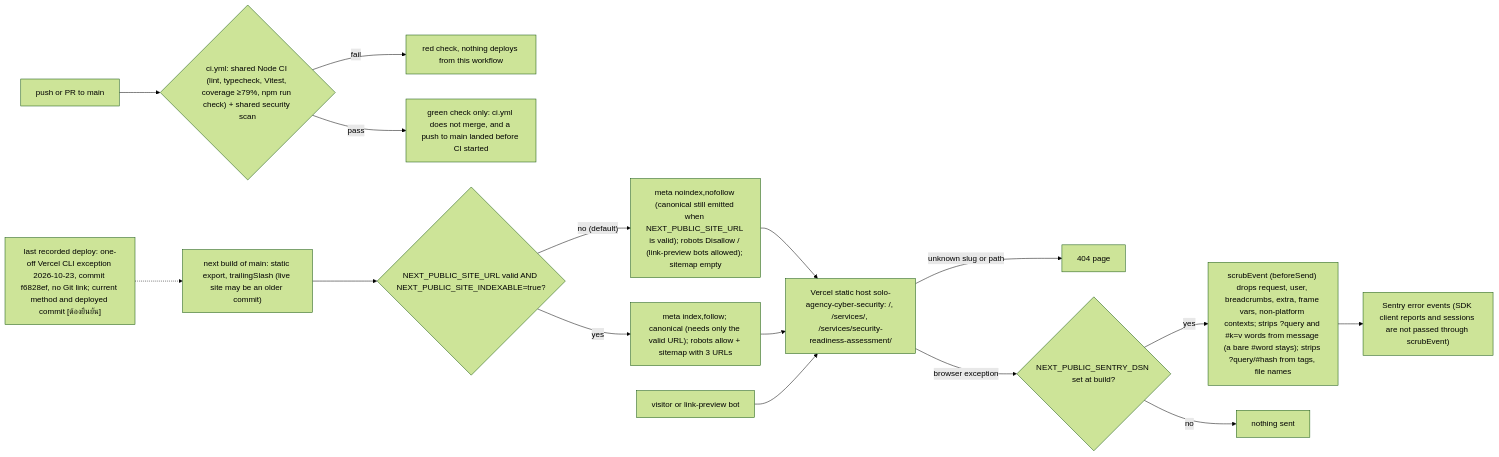
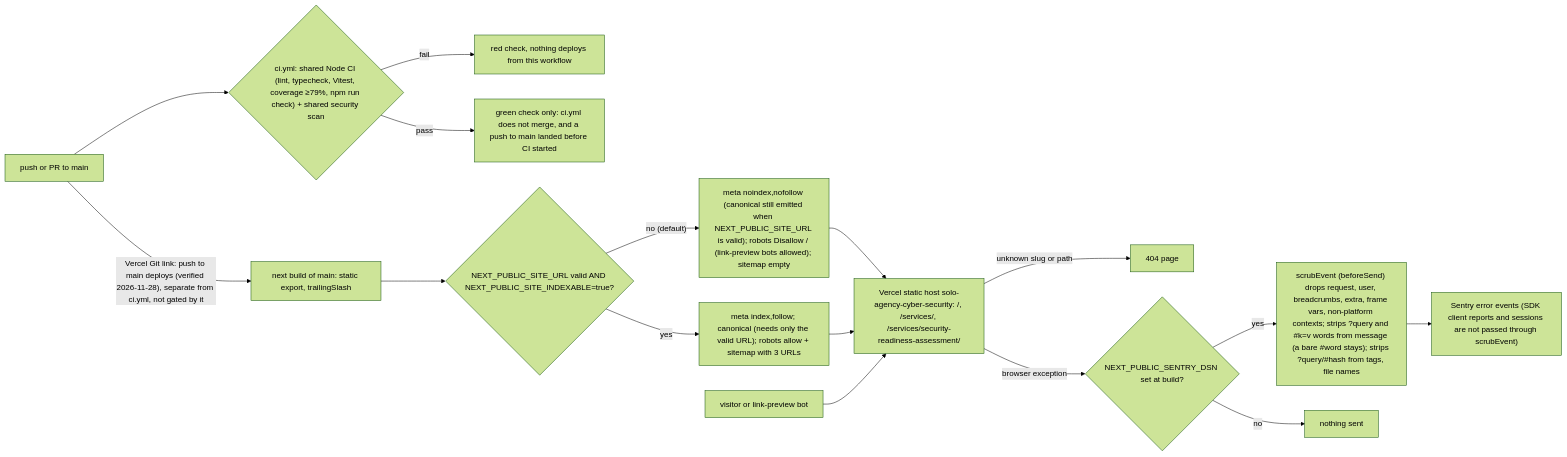
The first of 2 diagrams in docs/diagrams/01-business-process.md (bookchaowalit-agency/agency-cyber-security-web), drawn with Mermaid (forest theme) before and after one commit. The commit also changed other lines of this file, not shown here.

Commit message:
docs: close Vercel Git link gap (D9), verified 2026-11-28

````diff
--- a/docs/diagrams/01-business-process.md
+++ b/docs/diagrams/01-business-process.md
@@ -9,17 +9,17 @@
 ```mermaid
 flowchart LR
   DEV["push or PR to main"] --> CI{"ci.yml: shared Node CI (lint, typecheck, Vitest, coverage ≥79%, npm run check) + shared security scan"}
   CI -->|fail| RED["red check, nothing deploys from this workflow"]
   CI -->|pass| GREEN["green check only: ci.yml does not merge, and a push to main landed before CI started"]
-  OWNER["last recorded deploy: one-off Vercel CLI exception 2026-10-23, commit f6828ef, no Git link; current method and deployed commit [ต้องยืนยัน]"] -.-> BUILD["next build of main: static export, trailingSlash (live site may be an older commit)"]
+  DEV -->|"Vercel Git link: push to main deploys (verified 2026-11-28), separate from ci.yml, not gated by it"| BUILD["next build of main: static export, trailingSlash"]
   BUILD --> GATE{"NEXT_PUBLIC_SITE_URL valid AND NEXT_PUBLIC_SITE_INDEXABLE=true?"}
   GATE -->|"no (default)"| NOIDX["meta noindex,nofollow (canonical still emitted when NEXT_PUBLIC_SITE_URL is valid); robots Disallow / (link-preview bots allowed); sitemap empty"]
   GATE -->|yes| IDX["meta index,follow; canonical (needs only the valid URL); robots allow + sitemap with 3 URLs"]
   NOIDX --> SITE["Vercel static host solo-agency-cyber-security: /, /services/, /services/security-readiness-assessment/"]
   IDX --> SITE
   VIS["visitor or link-preview bot"] --> SITE
   SITE -->|"unknown slug or path"| NF["404 page"]
   SITE -->|"browser exception"| DSN{"NEXT_PUBLIC_SENTRY_DSN set at build?"}
   DSN -->|yes| SCRUB["scrubEvent (beforeSend) drops request, user, breadcrumbs, extra, frame vars, non-platform contexts; strips ?query and #k=v words from message (a bare #word stays); strips ?query/#hash from tags, file names"] --> SENTRY["Sentry error events (SDK client reports and sessions are not passed through scrubEvent)"]
   DSN -->|no| NONE["nothing sent"]
 ```
````
